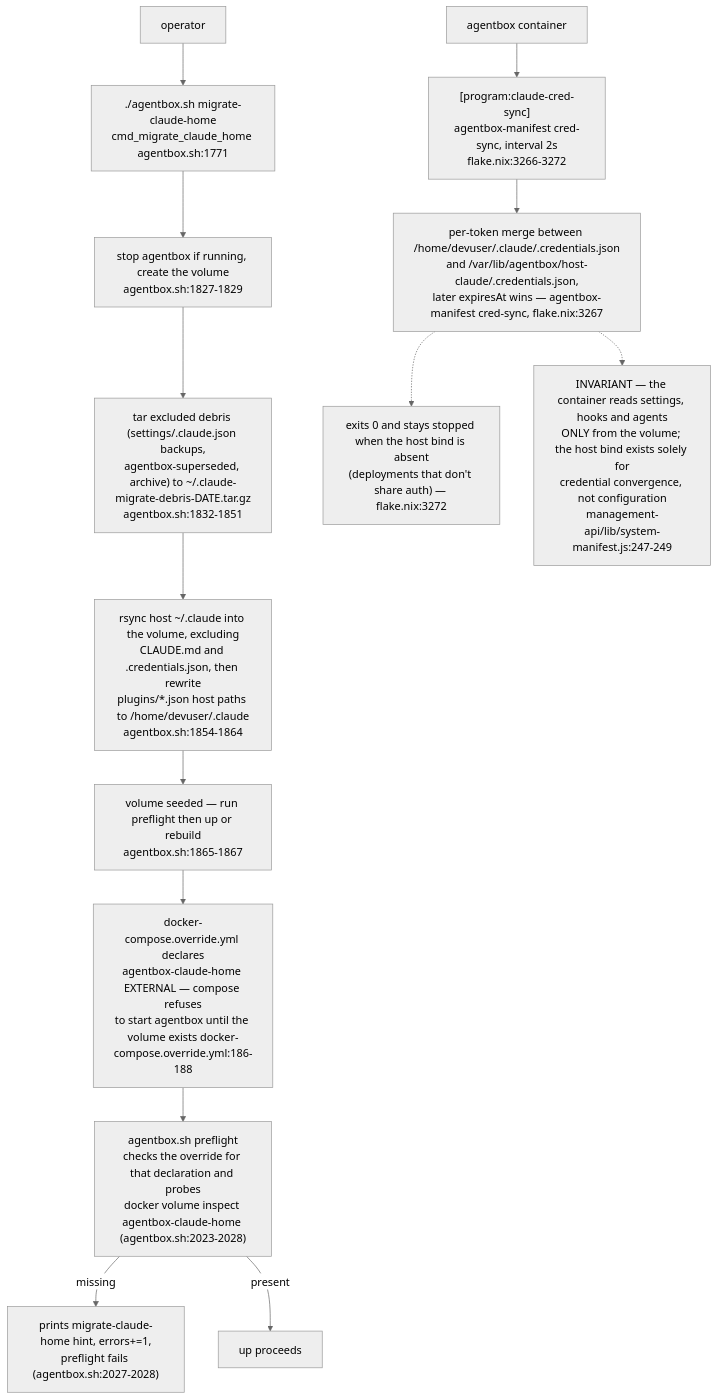
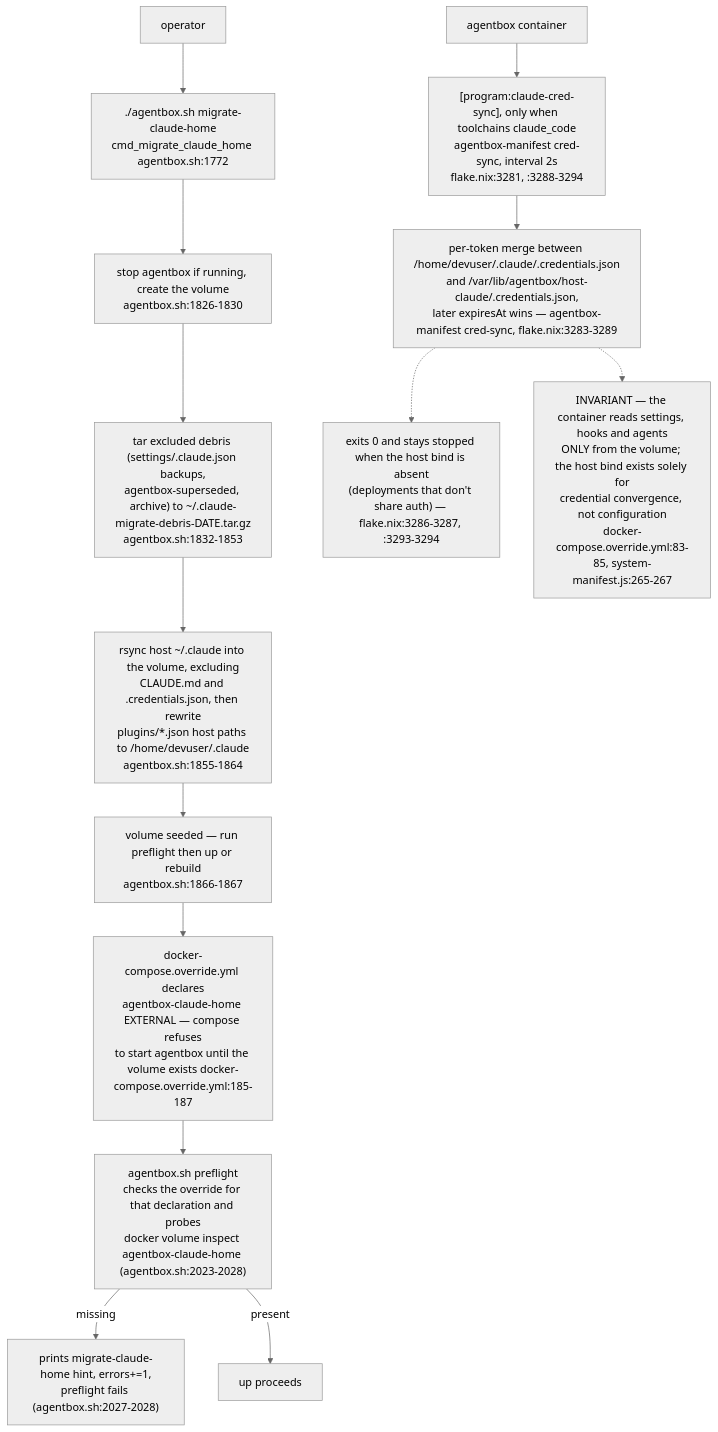
One commit to DreamLab-AI/VisionFlow changed diagram 11 of 14 in docs/diagrams/agentbox/06-sidecars-and-compose-overlays.md. Above: the diagram before and after it, drawn with Mermaid (neutral theme). The commit also changed other lines of this file and 173 other files, not shown here.

````diff
--- a/docs/diagrams/agentbox/06-sidecars-and-compose-overlays.md
+++ b/docs/diagrams/agentbox/06-sidecars-and-compose-overlays.md
@@ -324,16 +324,16 @@
 ```mermaid
 flowchart TB
-    DEC["docker-compose.override.yml declares<br/>agentbox-claude-home EXTERNAL — compose refuses<br/>to start agentbox until the volume exists docker-compose.override.yml:186-188"] --> PRE["agentbox.sh preflight<br/>checks the override for that declaration and probes<br/>docker volume inspect agentbox-claude-home (agentbox.sh:2023-2028)"]
+    DEC["docker-compose.override.yml declares<br/>agentbox-claude-home EXTERNAL — compose refuses<br/>to start agentbox until the volume exists docker-compose.override.yml:185-187"] --> PRE["agentbox.sh preflight<br/>checks the override for that declaration and probes<br/>docker volume inspect agentbox-claude-home (agentbox.sh:2023-2028)"]
     PRE -->|"missing"| ERR["prints migrate-claude-home hint, errors+=1,<br/>preflight fails (agentbox.sh:2027-2028)"]
     PRE -->|"present"| OK["up proceeds"]
-    OP["operator"] --> MIG["./agentbox.sh migrate-claude-home<br/>cmd_migrate_claude_home agentbox.sh:1771"]
-    MIG --> STOP["stop agentbox if running, create the volume<br/>agentbox.sh:1827-1829"]
-    STOP --> DEBRIS["tar excluded debris (settings/.claude.json backups,<br/>agentbox-superseded, archive) to ~/.claude-migrate-debris-DATE.tar.gz<br/>agentbox.sh:1832-1851"]
-    DEBRIS --> RSYNC["rsync host ~/.claude into the volume, excluding<br/>CLAUDE.md and .credentials.json, then rewrite<br/>plugins/*.json host paths to /home/devuser/.claude<br/>agentbox.sh:1854-1864"]
-    RSYNC --> DONE["volume seeded — run preflight then up or rebuild<br/>agentbox.sh:1865-1867"]
+    OP["operator"] --> MIG["./agentbox.sh migrate-claude-home<br/>cmd_migrate_claude_home agentbox.sh:1772"]
+    MIG --> STOP["stop agentbox if running, create the volume<br/>agentbox.sh:1826-1830"]
+    STOP --> DEBRIS["tar excluded debris (settings/.claude.json backups,<br/>agentbox-superseded, archive) to ~/.claude-migrate-debris-DATE.tar.gz<br/>agentbox.sh:1832-1853"]
+    DEBRIS --> RSYNC["rsync host ~/.claude into the volume, excluding<br/>CLAUDE.md and .credentials.json, then rewrite<br/>plugins/*.json host paths to /home/devuser/.claude<br/>agentbox.sh:1855-1864"]
+    RSYNC --> DONE["volume seeded — run preflight then up or rebuild<br/>agentbox.sh:1866-1867"]
     DONE --> DEC
-    AB2["agentbox container"] --> SYNC["[program:claude-cred-sync]<br/>agentbox-manifest cred-sync, interval 2s<br/>flake.nix:3266-3272"]
-    SYNC --> MERGE["per-token merge between /home/devuser/.claude/.credentials.json<br/>and /var/lib/agentbox/host-claude/.credentials.json,<br/>later expiresAt wins — agentbox-manifest cred-sync, flake.nix:3267"]
-    MERGE -.-> ABSENT["exits 0 and stays stopped when the host bind is absent<br/>(deployments that don't share auth) — flake.nix:3272"]
-    MERGE -.-> INV["INVARIANT — the container reads settings, hooks and agents<br/>ONLY from the volume; the host bind exists solely for<br/>credential convergence, not configuration<br/>management-api/lib/system-manifest.js:247-249"]
+    AB2["agentbox container"] --> SYNC["[program:claude-cred-sync], only when toolchains claude_code<br/>agentbox-manifest cred-sync, interval 2s<br/>flake.nix:3281, :3288-3294"]
+    SYNC --> MERGE["per-token merge between /home/devuser/.claude/.credentials.json<br/>and /var/lib/agentbox/host-claude/.credentials.json,<br/>later expiresAt wins — agentbox-manifest cred-sync, flake.nix:3283-3289"]
+    MERGE -.-> ABSENT["exits 0 and stays stopped when the host bind is absent<br/>(deployments that don't share auth) — flake.nix:3286-3287, :3293-3294"]
+    MERGE -.-> INV["INVARIANT — the container reads settings, hooks and agents<br/>ONLY from the volume; the host bind exists solely for<br/>credential convergence, not configuration<br/>docker-compose.override.yml:83-85, system-manifest.js:265-267"]
 ```
````
